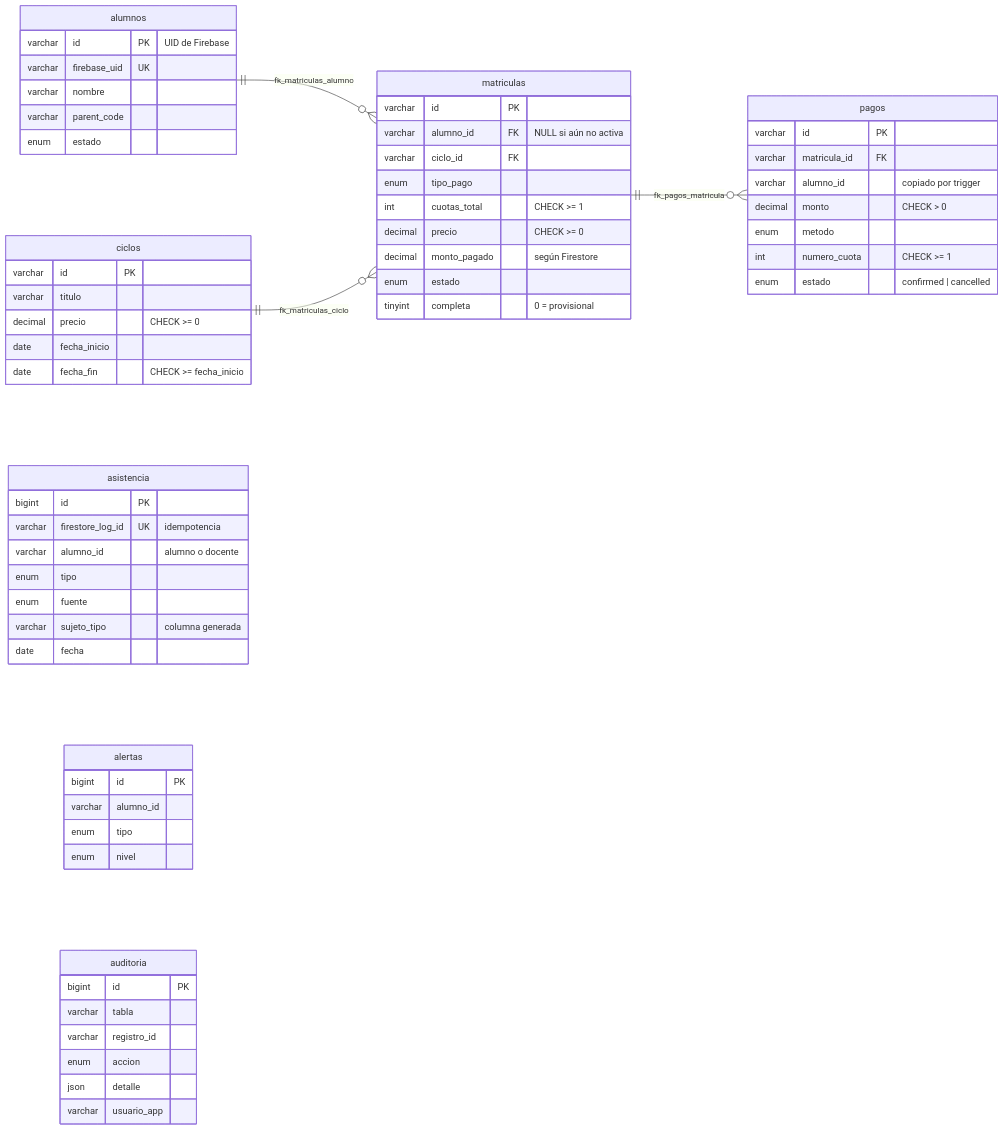
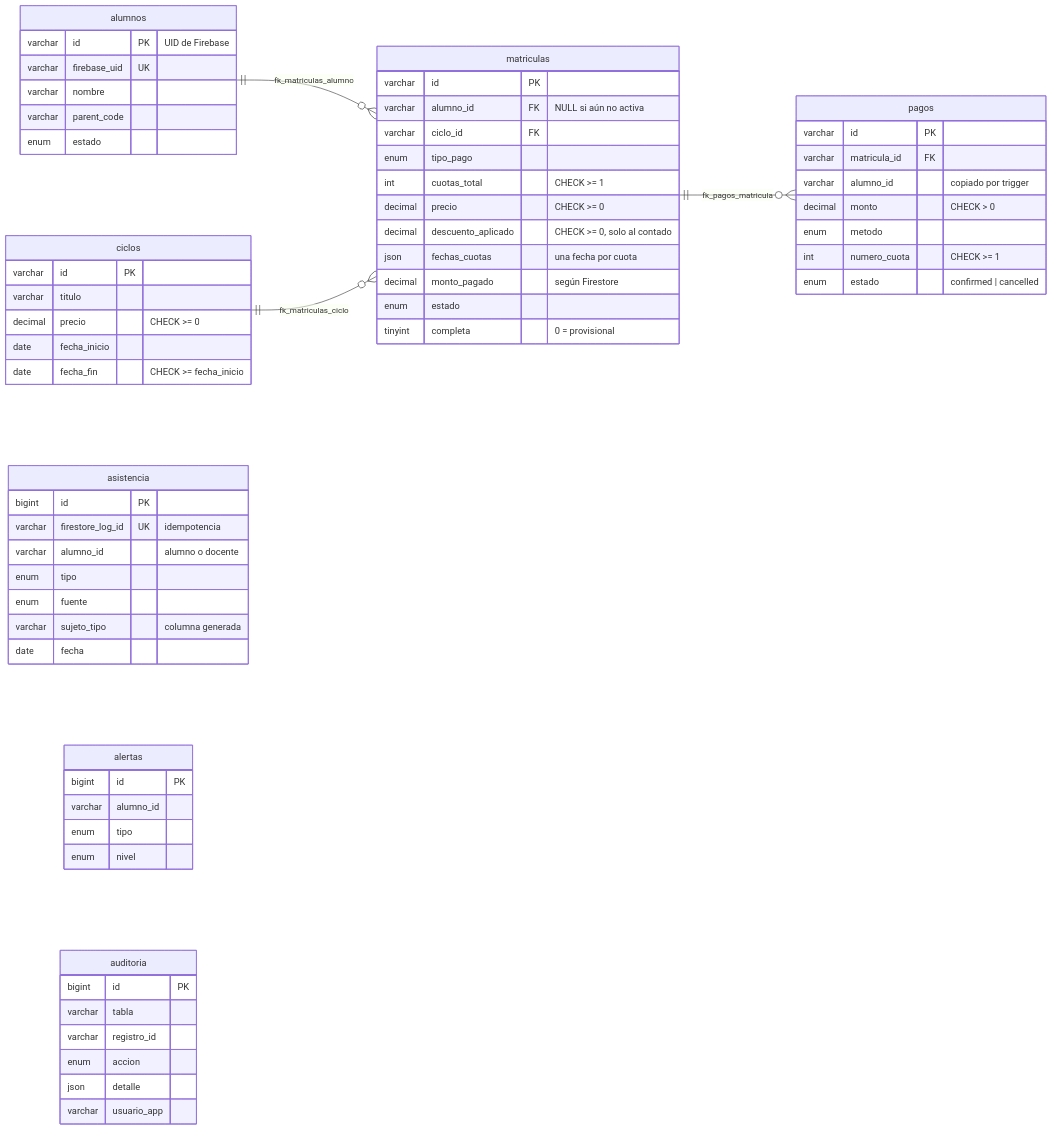
One commit to yucradavid/Perfil-de-egreso-Plataforma-Web-Integral-CERMAT changed the second of 2 diagrams in docs/e2-base-datos-ce022.md. Above: the diagram before and after it, drawn with Mermaid. The commit also changed other lines of this file and 27 other files, not shown here.

````diff
--- a/docs/e2-base-datos-ce022.md
+++ b/docs/e2-base-datos-ce022.md
@@ -40,64 +44,66 @@
 ```mermaid
 erDiagram
   direction LR
   alumnos {
     varchar id PK "UID de Firebase"
     varchar firebase_uid UK
     varchar nombre
     varchar parent_code
     enum estado
   }
   ciclos {
     varchar id PK
     varchar titulo
     decimal precio "CHECK >= 0"
     date fecha_inicio
     date fecha_fin "CHECK >= fecha_inicio"
   }
   matriculas {
     varchar id PK
     varchar alumno_id FK "NULL si aún no activa"
     varchar ciclo_id FK
     enum tipo_pago
     int cuotas_total "CHECK >= 1"
     decimal precio "CHECK >= 0"
+    decimal descuento_aplicado "CHECK >= 0, solo al contado"
+    json fechas_cuotas "una fecha por cuota"
     decimal monto_pagado "según Firestore"
     enum estado
     tinyint completa "0 = provisional"
   }
   pagos {
     varchar id PK
     varchar matricula_id FK
     varchar alumno_id "copiado por trigger"
     decimal monto "CHECK > 0"
     enum metodo
     int numero_cuota "CHECK >= 1"
     enum estado "confirmed | cancelled"
   }
   asistencia {
     bigint id PK
     varchar firestore_log_id UK "idempotencia"
     varchar alumno_id "alumno o docente"
     enum tipo
     enum fuente
     varchar sujeto_tipo "columna generada"
     date fecha
   }
   alertas {
     bigint id PK
     varchar alumno_id
     enum tipo
     enum nivel
   }
   auditoria {
     bigint id PK
     varchar tabla
     varchar registro_id
     enum accion
     json detalle
     varchar usuario_app
   }
   alumnos ||--o{ matriculas : fk_matriculas_alumno
   ciclos  ||--o{ matriculas : fk_matriculas_ciclo
   matriculas ||--o{ pagos : fk_pagos_matricula
 ```
````
